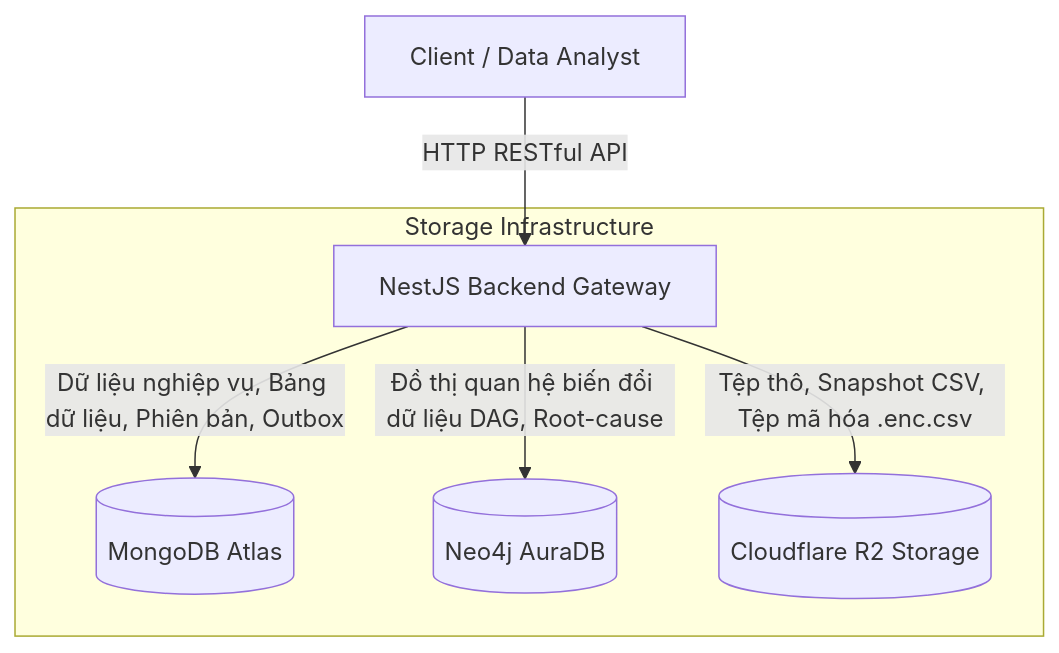
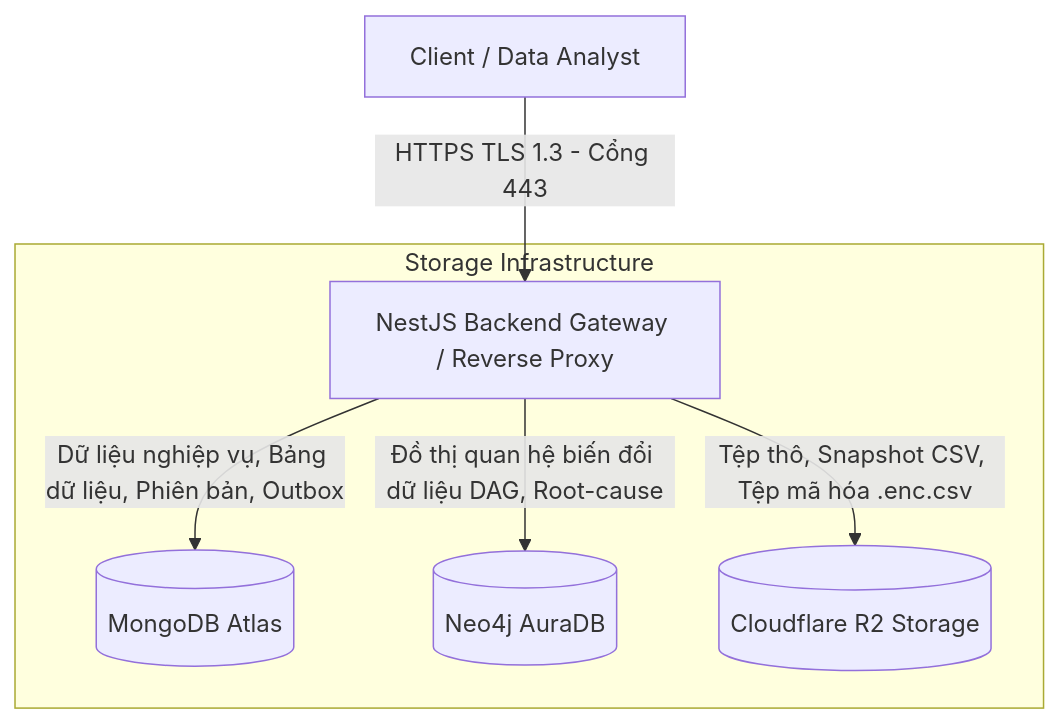
The first of 2 diagrams in docs/report_over_project.md (tieneshoabeai/AI-systems-support-detecting-and-handling-data-quality-issues), drawn with Mermaid before and after one commit. The commit also changed other lines of this file and 16 other files, not shown here.

````diff
--- a/docs/report_over_project.md
+++ b/docs/report_over_project.md
@@ -87,10 +88,10 @@
 ```mermaid
 graph TD
-    Client[Client / Data Analyst] -->|HTTP RESTful API| Backend[NestJS Backend Gateway]
+    Client[Client / Data Analyst] -->|HTTPS TLS 1.3 - Cổng 443| Backend[NestJS Backend Gateway / Reverse Proxy]
     
     subgraph Storage Infrastructure
         Backend -->|Dữ liệu nghiệp vụ, Bảng dữ liệu, Phiên bản, Outbox| Mongo[(MongoDB Atlas)]
         Backend -->|Đồ thị quan hệ biến đổi dữ liệu DAG, Root-cause| Neo4j[(Neo4j AuraDB)]
         Backend -->|Tệp thô, Snapshot CSV, Tệp mã hóa .enc.csv| R2[(Cloudflare R2 Storage)]
     end
 ```
````
